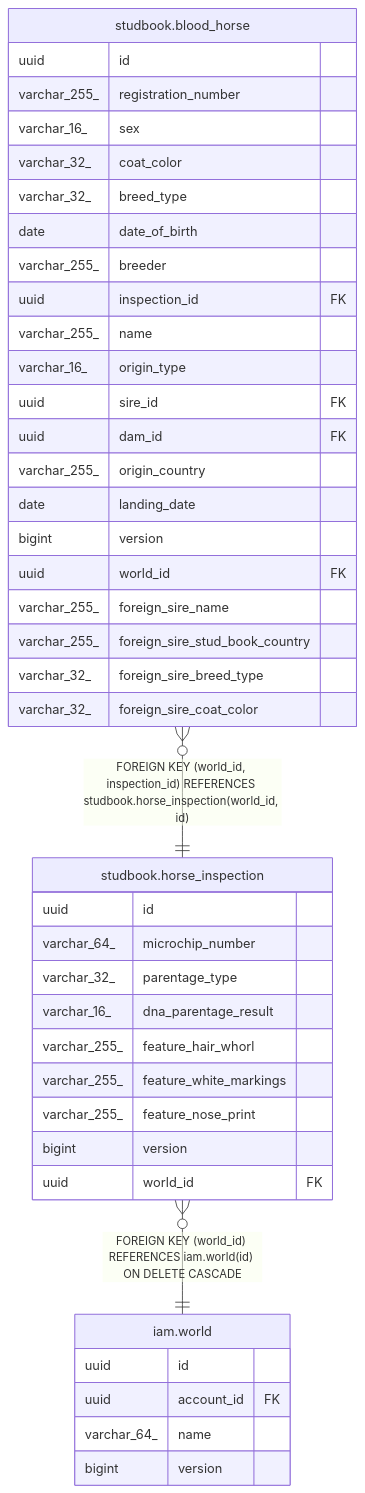
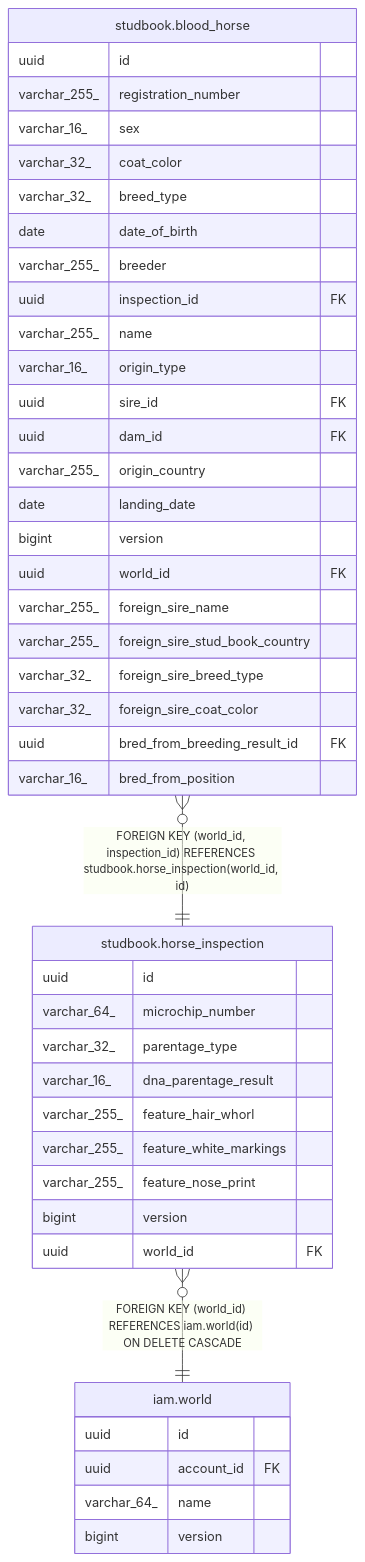
The diagram in dbdoc/studbook.horse_inspection.md (ptiringo/toy-box), drawn with Mermaid before and after one commit. The commit also changed 19 other files, not shown here.

````diff
--- a/dbdoc/studbook.horse_inspection.md
+++ b/dbdoc/studbook.horse_inspection.md
@@ -45,46 +45,48 @@
 ```mermaid
 erDiagram
 
 "studbook.blood_horse" }o--|| "studbook.horse_inspection" : "FOREIGN KEY (world_id, inspection_id) REFERENCES studbook.horse_inspection(world_id, id)"
 "studbook.horse_inspection" }o--|| "iam.world" : "FOREIGN KEY (world_id) REFERENCES iam.world(id) ON DELETE CASCADE"
 
 "studbook.horse_inspection" {
   uuid id
   varchar_64_ microchip_number
   varchar_32_ parentage_type
   varchar_16_ dna_parentage_result
   varchar_255_ feature_hair_whorl
   varchar_255_ feature_white_markings
   varchar_255_ feature_nose_print
   bigint version
   uuid world_id FK
 }
 "studbook.blood_horse" {
   uuid id
   varchar_255_ registration_number
   varchar_16_ sex
   varchar_32_ coat_color
   varchar_32_ breed_type
   date date_of_birth
   varchar_255_ breeder
   uuid inspection_id FK
   varchar_255_ name
   varchar_16_ origin_type
   uuid sire_id FK
   uuid dam_id FK
   varchar_255_ origin_country
   date landing_date
   bigint version
   uuid world_id FK
   varchar_255_ foreign_sire_name
   varchar_255_ foreign_sire_stud_book_country
   varchar_32_ foreign_sire_breed_type
   varchar_32_ foreign_sire_coat_color
+  uuid bred_from_breeding_result_id FK
+  varchar_16_ bred_from_position
 }
 "iam.world" {
   uuid id
   uuid account_id FK
   varchar_64_ name
   bigint version
 }
 ```
````
